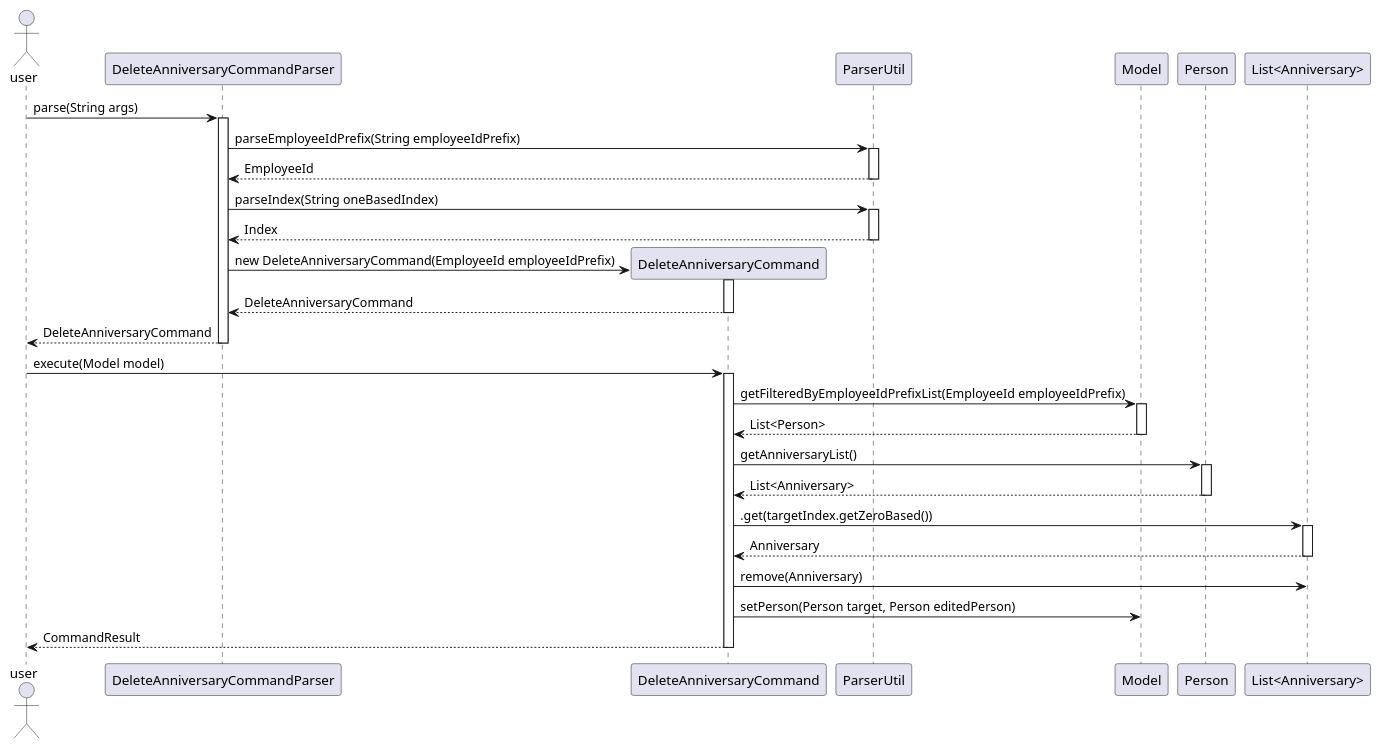
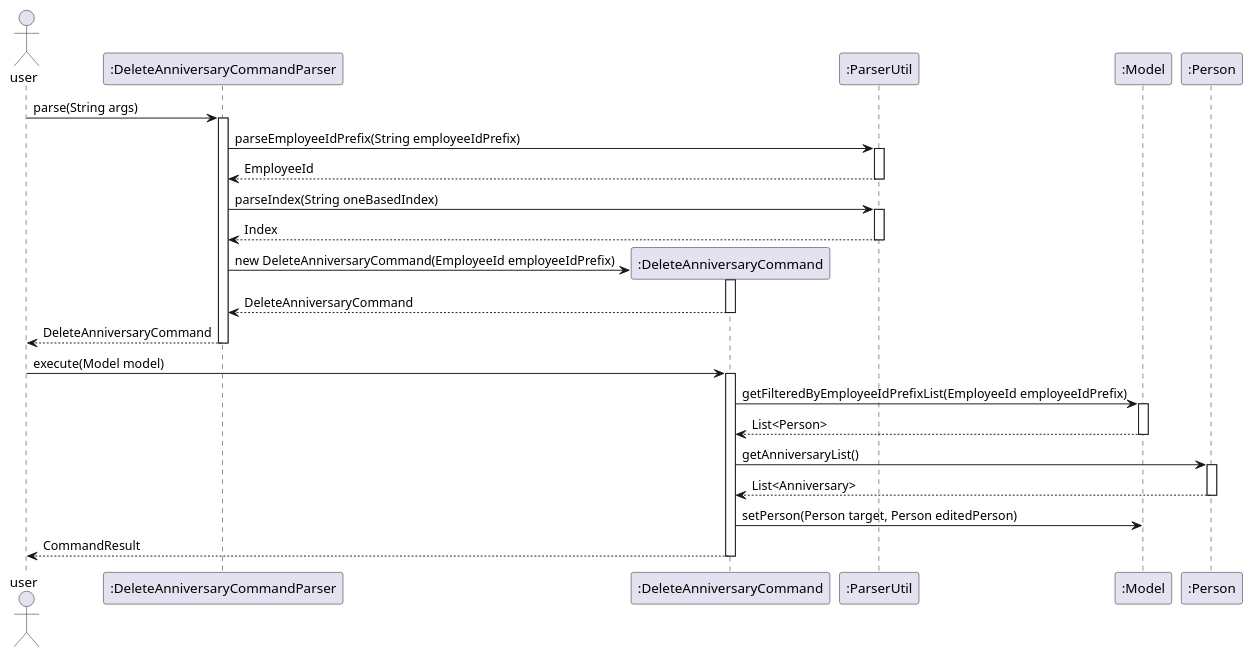
One commit to kimseunghyun-kr/tp changed the diagram in docs/diagrams/DeleteAnniversaryCommandSequenceDiagram.puml. Above: the diagram before and after it, drawn with PlantUML. The commit also changed 2 other files, not shown here.

```diff
--- a/docs/diagrams/DeleteAnniversaryCommandSequenceDiagram.puml
+++ b/docs/diagrams/DeleteAnniversaryCommandSequenceDiagram.puml
@@ -1,45 +1,39 @@
 @startuml
 actor user as U
-participant "DeleteAnniversaryCommandParser" as DACP
-participant "DeleteAnniversaryCommand" as DAC
-participant "ParserUtil" as PU
-participant "Model" as M
-participant "Person" as P
-participant "List<Anniversary>" as LA
+participant ":DeleteAnniversaryCommandParser" as DACP
+participant ":DeleteAnniversaryCommand" as DAC
+participant ":ParserUtil" as PU
+participant ":Model" as M
+participant ":Person" as P
 
 U -> DACP: parse(String args)
 activate DACP
 DACP -> PU: parseEmployeeIdPrefix(String employeeIdPrefix)
 activate PU
 PU --> DACP: EmployeeId
 deactivate PU
 DACP -> PU: parseIndex(String oneBasedIndex)
 activate PU
 PU --> DACP: Index
 deactivate PU
 create DAC
 DACP -> DAC: new DeleteAnniversaryCommand(EmployeeId employeeIdPrefix)
 Activate DAC
 return DeleteAnniversaryCommand
 DACP --> U : DeleteAnniversaryCommand
 deactivate DACP
 
 U -> DAC: execute(Model model)
 activate DAC
 DAC -> M : getFilteredByEmployeeIdPrefixList(EmployeeId employeeIdPrefix)
 activate M
 M --> DAC : List<Person>
 deactivate M
 DAC -> P : getAnniversaryList()
 activate P
 P --> DAC : List<Anniversary>
 deactivate P
-DAC -> LA : .get(targetIndex.getZeroBased())
-activate LA
-LA --> DAC : Anniversary
-deactivate LA
-DAC -> LA : remove(Anniversary)
 DAC -> M : setPerson(Person target, Person editedPerson)
 DAC --> U : CommandResult
 deactivate DAC
 @enduml
```
